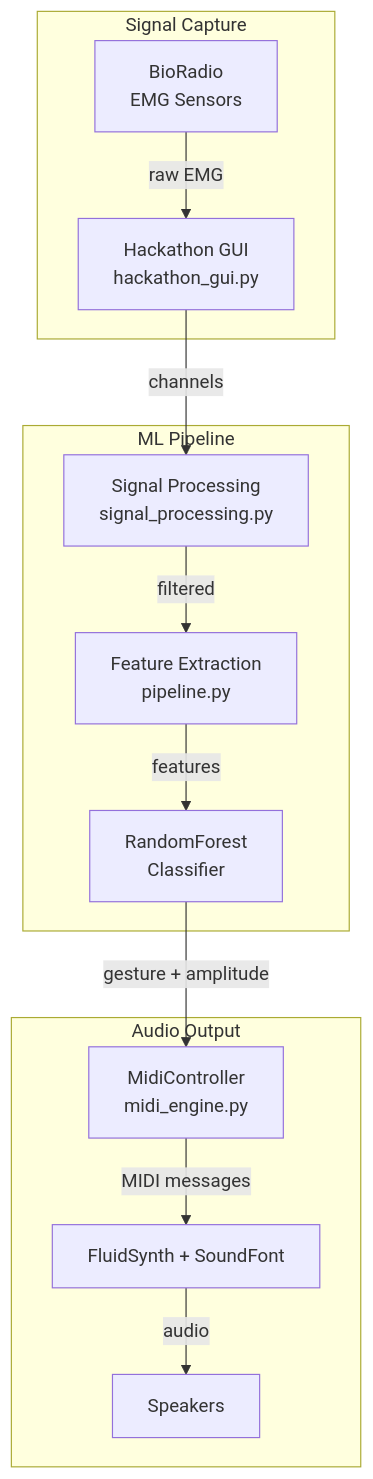
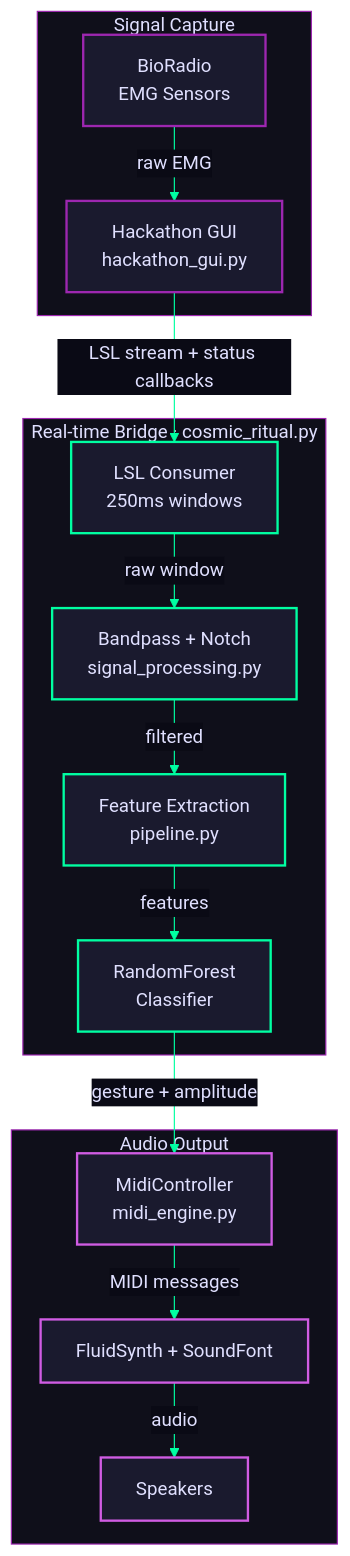
The first of 3 diagrams in docs/architecture.md (Victor-Lockwood/Hackathon-2026-Cosmic-Horror), drawn with Mermaid before and after one commit. The commit also changed other lines of this file, not shown here.

First line of the commit message:
docs(architecture): restyle mermaid diagrams with cosmic horror theme

````diff
--- a/docs/architecture.md
+++ b/docs/architecture.md
@@ -5,27 +5,52 @@
 ```mermaid
+%%{init: {'theme': 'base', 'themeVariables': {
+    'primaryColor': '#1a1a2e',
+    'primaryTextColor': '#e0e0ff',
+    'primaryBorderColor': '#9d27b0',
+    'lineColor': '#00ffa2',
+    'secondaryColor': '#0f0f1a',
+    'tertiaryColor': '#12121f',
+    'edgeLabelBackground': '#0a0a15',
+    'clusterBkg': '#0f0f1a',
+    'clusterBorder': '#9d27b0',
+    'titleColor': '#e0e0ff',
+    'nodeTextColor': '#e0e0ff'
+}, 'flowchart': {'nodeSpacing': 30, 'rankSpacing': 40}}}%%
 flowchart TD
     subgraph capture ["Signal Capture"]
         BR["BioRadio<br/>EMG Sensors"]
         GUI["Hackathon GUI<br/>hackathon_gui.py"]
     end
 
-    subgraph ml ["ML Pipeline"]
-        SP["Signal Processing<br/>signal_processing.py"]
+    subgraph bridge ["Real-time Bridge · cosmic_ritual.py"]
+        CR["LSL Consumer<br/>250ms windows"]
+        SP["Bandpass + Notch<br/>signal_processing.py"]
         PP["Feature Extraction<br/>pipeline.py"]
         RF["RandomForest<br/>Classifier"]
     end
 
     subgraph audio ["Audio Output"]
         MC["MidiController<br/>midi_engine.py"]
         FS["FluidSynth + SoundFont"]
         SPK["Speakers"]
     end
 
-    BR -->|raw EMG| GUI
-    GUI -->|channels| SP
-    SP -->|filtered| PP
-    PP -->|features| RF
-    RF -->|gesture + amplitude| MC
-    MC -->|MIDI messages| FS
-    FS -->|audio| SPK
+    BR -->|"raw EMG"| GUI
+    GUI -->|"LSL stream + status callbacks"| CR
+    CR -->|"raw window"| SP
+    SP -->|"filtered"| PP
+    PP -->|"features"| RF
+    RF -->|"gesture + amplitude"| MC
+    MC -->|"MIDI messages"| FS
+    FS -->|"audio"| SPK
+
+    style BR fill:#1a1a2e,stroke:#9d27b0,stroke-width:2px,color:#e0e0ff
+    style GUI fill:#1a1a2e,stroke:#9d27b0,stroke-width:2px,color:#e0e0ff
+    style CR fill:#1a1a2e,stroke:#00ffa2,stroke-width:2px,color:#e0e0ff
+    style SP fill:#1a1a2e,stroke:#00ffa2,stroke-width:2px,color:#e0e0ff
+    style PP fill:#1a1a2e,stroke:#00ffa2,stroke-width:2px,color:#e0e0ff
+    style RF fill:#1a1a2e,stroke:#00ffa2,stroke-width:2px,color:#e0e0ff
+    style MC fill:#1a1a2e,stroke:#d05ce3,stroke-width:2px,color:#e0e0ff
+    style FS fill:#1a1a2e,stroke:#d05ce3,stroke-width:2px,color:#e0e0ff
+    style SPK fill:#1a1a2e,stroke:#d05ce3,stroke-width:2px,color:#e0e0ff
 ```
````
